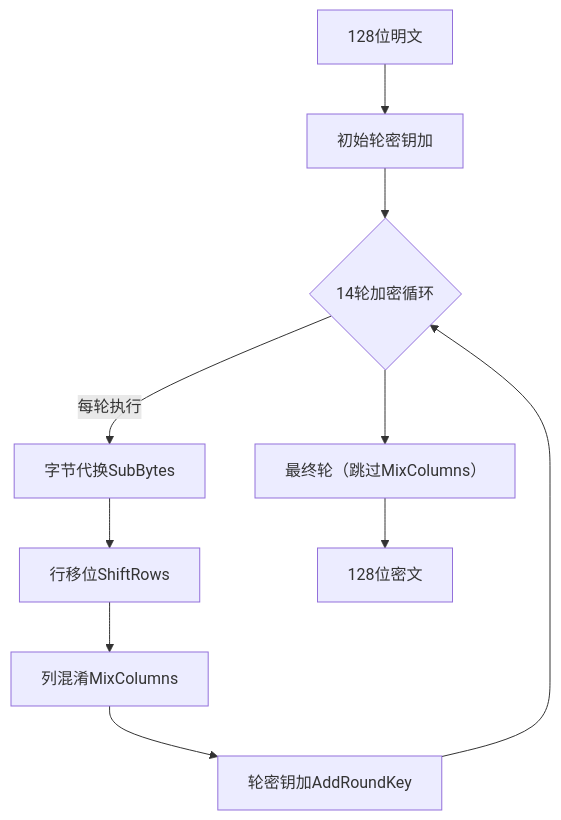
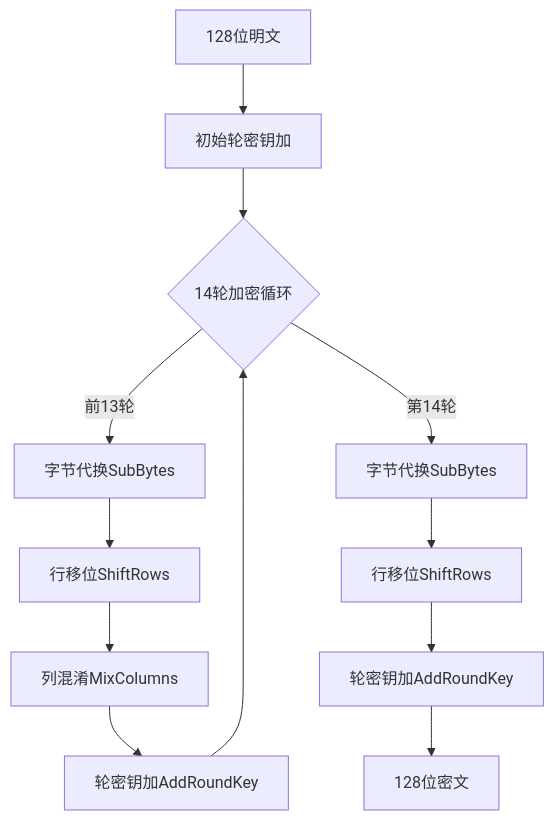
Before and after one commit to P4r4x/cdn: the diagram in blog/post/crypto2/crypto2.md, drawn with Mermaid. The commit also changed other lines of this file and 28 other files, not shown here.

````diff
--- a/blog/post/crypto2/crypto2.md
+++ b/blog/post/crypto2/crypto2.md
@@ -28,12 +29,14 @@
 ```mermaid
 graph TD
     A[128位明文] --> B[初始轮密钥加]
     B --> C{14轮加密循环}
-    C -->|每轮执行| D[字节代换SubBytes]
+    C -->|前13轮| D[字节代换SubBytes]
     D --> E[行移位ShiftRows]
     E --> F[列混淆MixColumns]
     F --> G[轮密钥加AddRoundKey]
     G --> C
-    C --> H[最终轮（跳过MixColumns）]
-    H --> I[128位密文]
+    C -->|第14轮| H[字节代换SubBytes]
+    H --> I[行移位ShiftRows]
+    I --> J[轮密钥加AddRoundKey]
+    J --> K[128位密文]
 ```
````
